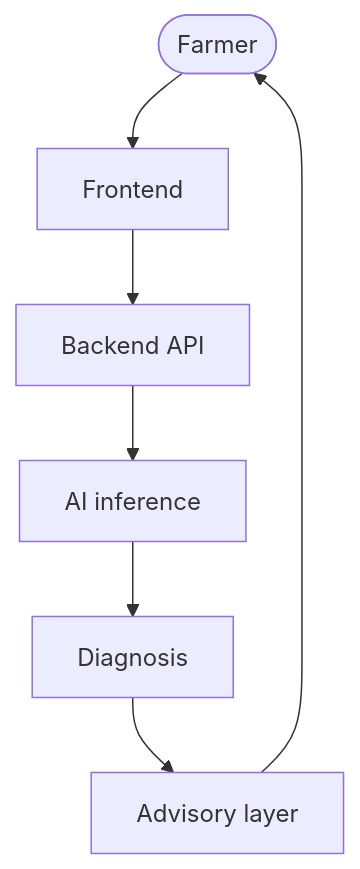
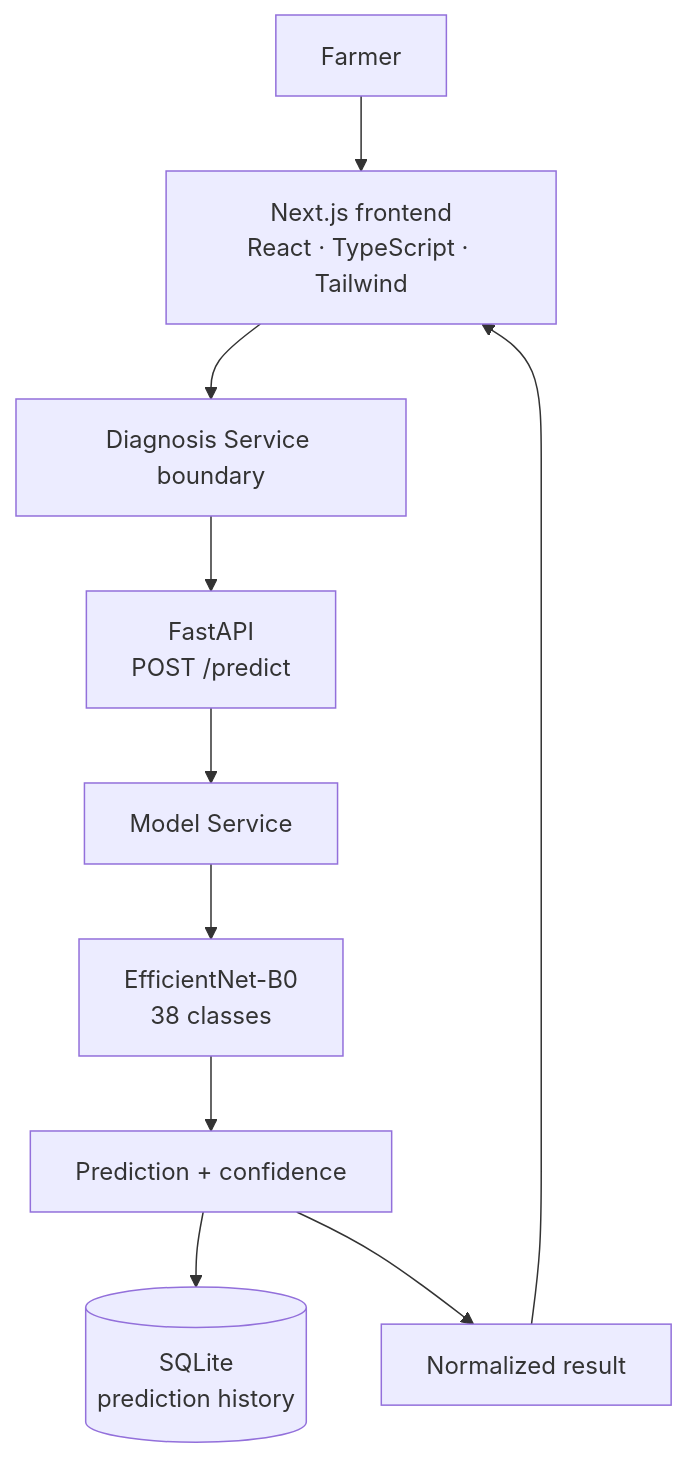
The fourth of 4 diagrams in README.md (DhairyaChangela/AgriSmart-AI), drawn with Mermaid before and after one commit. The commit also changed other lines of this file, not shown here.

````diff
--- a/README.md
+++ b/README.md
@@ -102,9 +146,12 @@
 ```mermaid
 flowchart TD
-    Farmer([Farmer]) --> Frontend[Frontend]
-    Frontend --> Backend[Backend API]
-    Backend --> Inference[AI inference]
-    Inference --> Diagnosis[Diagnosis]
-    Diagnosis --> Advisory[Advisory layer]
-    Advisory --> Farmer
+    Farmer[Farmer] --> FE[Next.js frontend<br/>React · TypeScript · Tailwind]
+    FE --> DS[Diagnosis Service boundary]
+    DS --> API[FastAPI<br/>POST /predict]
+    API --> MS[Model Service]
+    MS --> Model[EfficientNet-B0<br/>38 classes]
+    Model --> Out[Prediction + confidence]
+    Out --> DB[(SQLite<br/>prediction history)]
+    Out --> DS2[Normalized result]
+    DS2 --> FE
 ```
````
